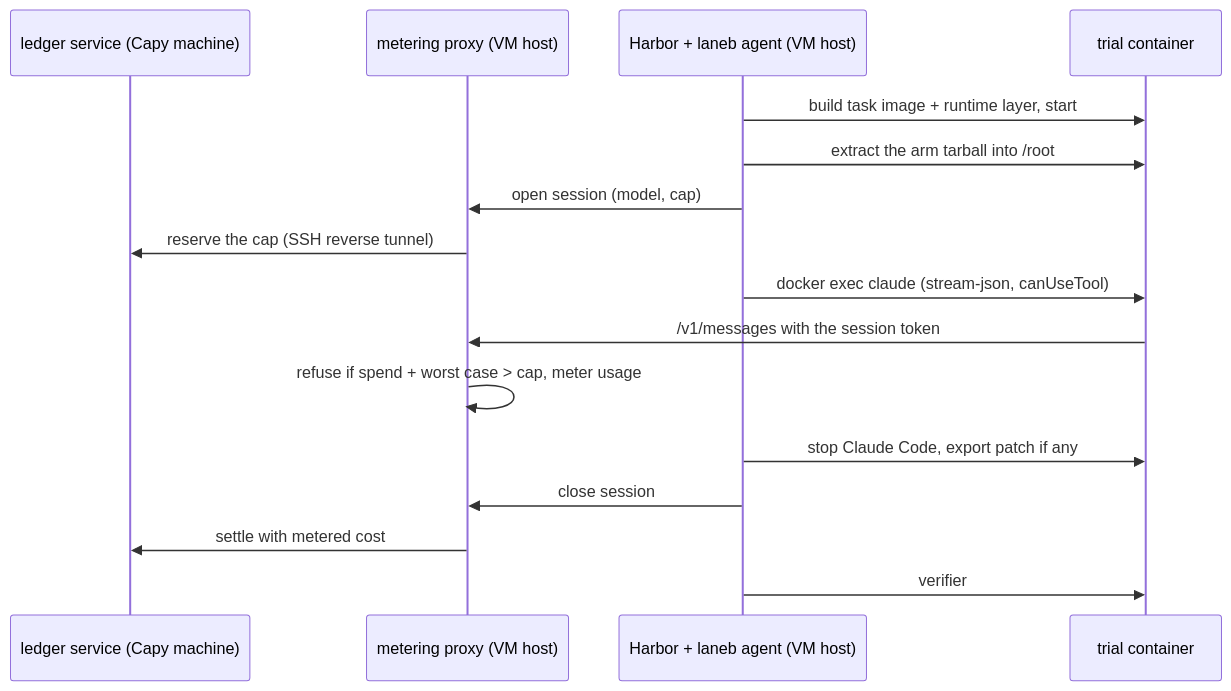
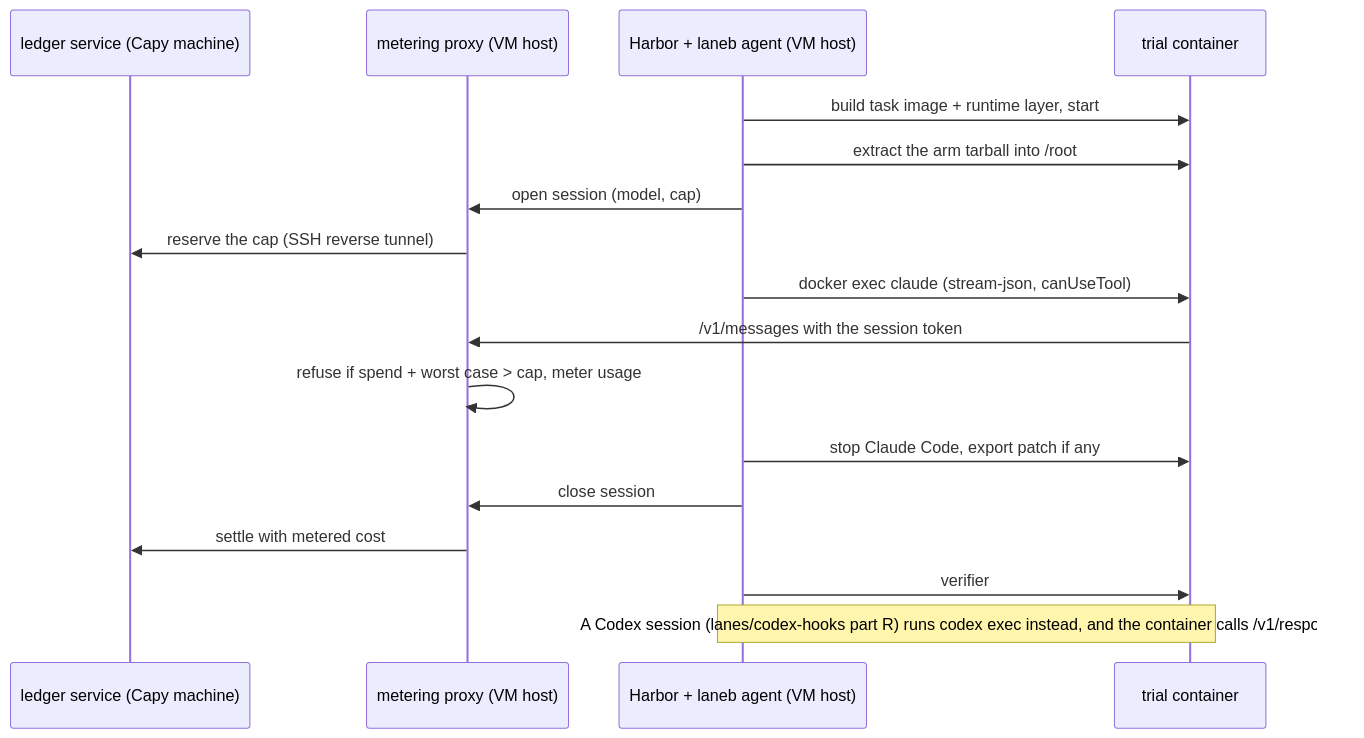
The diagram in quick/laneb/README.md (garrytan/gstack-evals), drawn with Mermaid before and after one commit. The commit also changed other lines of this file and 3 other files, not shown here.

First line of the commit message:
The docs describe the Codex hooks harness as it is (GST-3174)

````diff
--- a/quick/laneb/README.md
+++ b/quick/laneb/README.md
@@ -9,18 +9,19 @@
 ```mermaid
 sequenceDiagram
   participant L as ledger service (Capy machine)
   participant P as metering proxy (VM host)
   participant H as Harbor + laneb agent (VM host)
   participant C as trial container
   H->>C: build task image + runtime layer, start
   H->>C: extract the arm tarball into /root
   H->>P: open session (model, cap)
   P->>L: reserve the cap (SSH reverse tunnel)
   H->>C: docker exec claude (stream-json, canUseTool)
   C->>P: /v1/messages with the session token
   P->>P: refuse if spend + worst case > cap, meter usage
   H->>C: stop Claude Code, export patch if any
   H->>P: close session
   P->>L: settle with metered cost
   H->>C: verifier
+  Note over H,C: A Codex session (lanes/codex-hooks part R) runs codex exec instead, and the container calls /v1/responses
 ```
````
